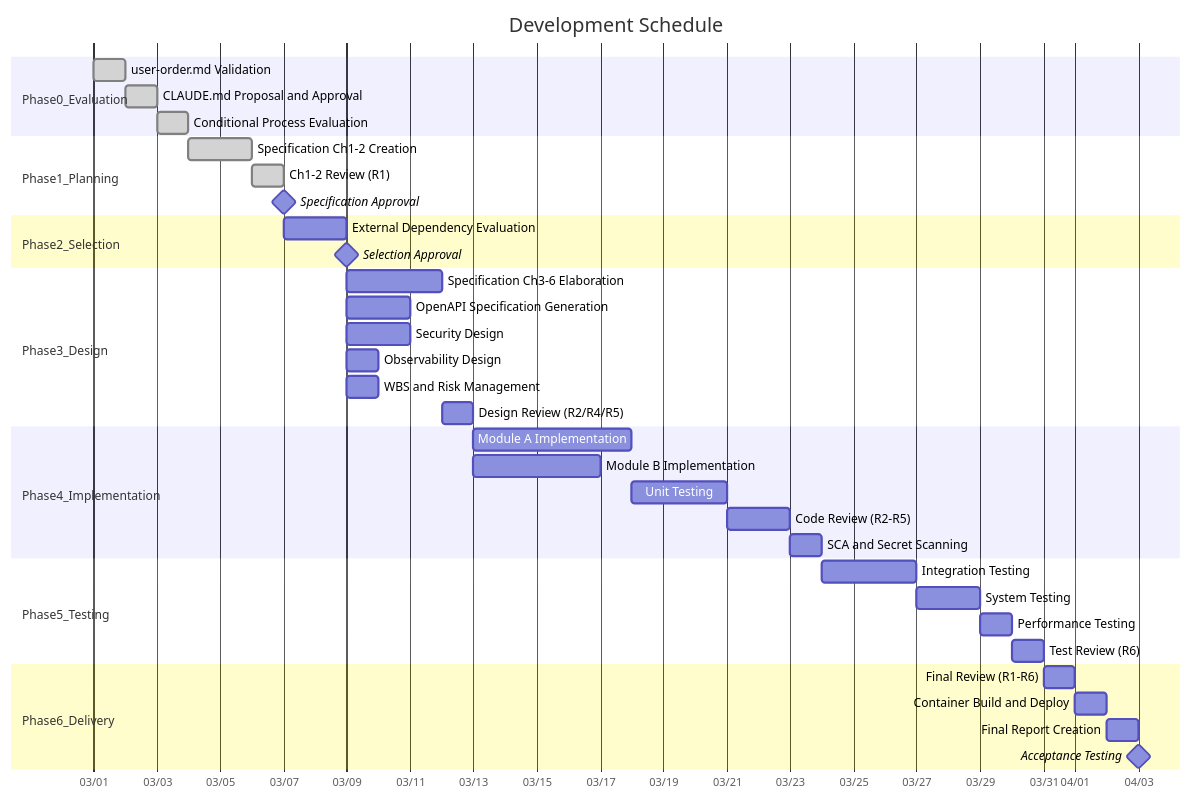
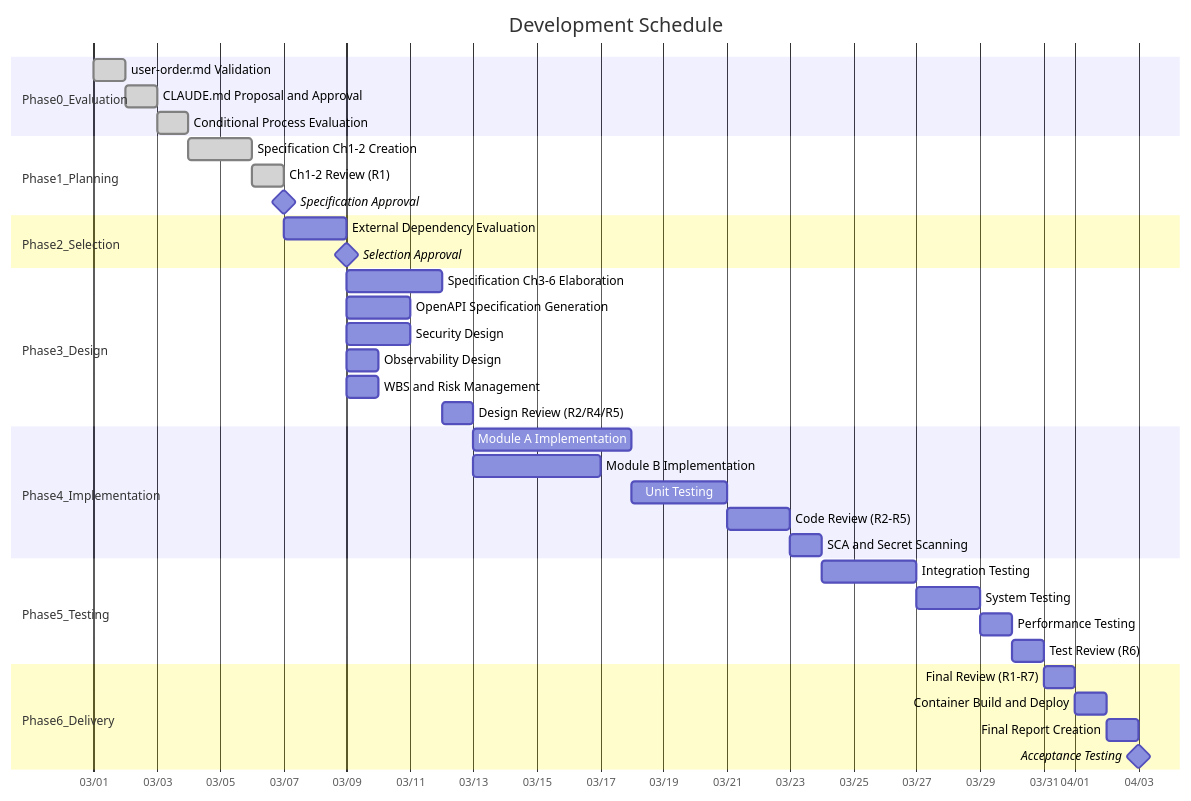
Before and after one commit to GoodRelax/gr-sw-maker: the fifth of 12 diagrams in framework-src/en/process-rules/full-auto-dev-process-rules.md, drawn with Mermaid. The commit also changed other lines of this file and 24 other files, not shown here.

````diff
--- a/framework-src/en/process-rules/full-auto-dev-process-rules.md
+++ b/framework-src/en/process-rules/full-auto-dev-process-rules.md
@@ -916,47 +916,47 @@
 ```mermaid
 gantt
     title Development Schedule
     dateFormat  YYYY-MM-DD
     axisFormat  %m/%d
 
     section Phase0_Evaluation
     user-order.md Validation           : done, p0a, 2026-03-01, 1d
     CLAUDE.md Proposal and Approval    : done, p0a2, after p0a, 1d
     Conditional Process Evaluation     : done, p0b, after p0a2, 1d
 
     section Phase1_Planning
     Specification Ch1-2 Creation       : done, p1b, after p0b, 2d
     Ch1-2 Review (R1)                  : done, p1c, after p1b, 1d
     Specification Approval             : milestone, p1d, after p1c, 0d
 
     section Phase2_Selection
     External Dependency Evaluation     : p2s, after p1d, 2d
     Selection Approval                 : milestone, p2m, after p2s, 0d
 
     section Phase3_Design
     Specification Ch3-6 Elaboration    : p3a, after p2m, 3d
     OpenAPI Specification Generation   : p3e, after p2m, 2d
     Security Design                    : p3b, after p2m, 2d
     Observability Design               : p3f, after p2m, 1d
     WBS and Risk Management            : p3c, after p2m, 1d
     Design Review (R2/R4/R5)           : p3d, after p3a, 1d
 
     section Phase4_Implementation
     Module A Implementation            : p4a, after p3d, 5d
     Module B Implementation            : p4b, after p3d, 4d
     Unit Testing                       : p4c, after p4a, 3d
     Code Review (R2-R5)                : p4d, after p4c, 2d
     SCA and Secret Scanning            : p4e, after p4d, 1d
 
     section Phase5_Testing
     Integration Testing                : p5a, after p4e, 3d
     System Testing                     : p5b, after p5a, 2d
     Performance Testing                : p5g, after p5b, 1d
     Test Review (R6)                   : p5c, after p5g, 1d
 
     section Phase6_Delivery
-    Final Review (R1-R6)               : p6a, after p5c, 1d
+    Final Review (R1-R7)               : p6a, after p5c, 1d
     Container Build and Deploy         : p6b, after p6a, 1d
     Final Report Creation              : p6c, after p6b, 1d
     Acceptance Testing                 : milestone, p6d, after p6c, 0d
 ```
````
